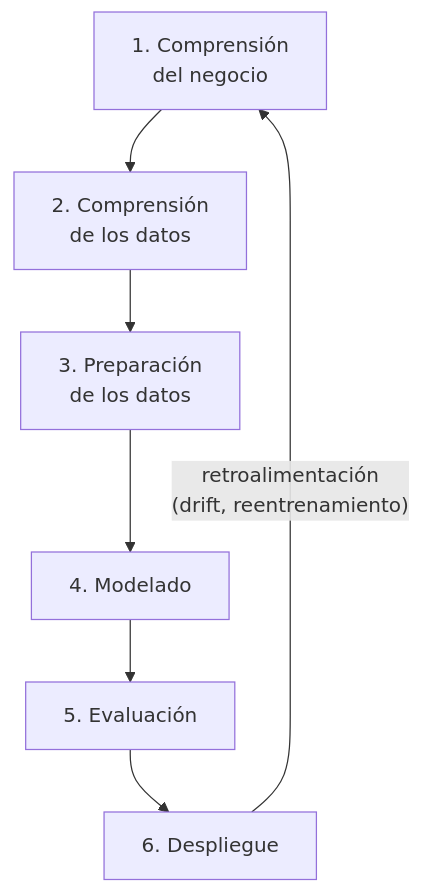
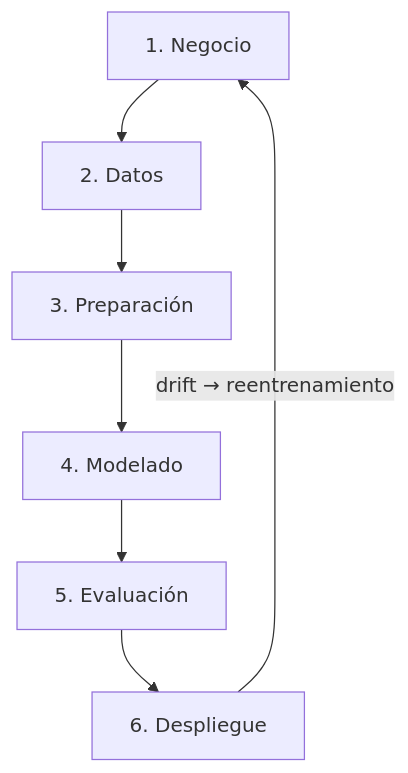
The diagram in docs/crisp-dm.md (VSXR/PipelineModeling), drawn with Mermaid before and after one commit. The commit also changed other lines of this file and 11 other files, not shown here.

````diff
--- a/docs/crisp-dm.md
+++ b/docs/crisp-dm.md
@@ -5,12 +3,5 @@
 ```mermaid
 graph TD
-    BU["1. Comprensión\ndel negocio"]
-    DU["2. Comprensión\nde los datos"]
-    DP["3. Preparación\nde los datos"]
-    MO["4. Modelado"]
-    EV["5. Evaluación"]
-    DE["6. Despliegue"]
-
-    BU --> DU --> DP --> MO --> EV --> DE
-    DE -->|"retroalimentación\n(drift, reentrenamiento)"| BU
+    BU["1. Negocio"] --> DU["2. Datos"] --> DP["3. Preparación"] --> MO["4. Modelado"] --> EV["5. Evaluación"] --> DE["6. Despliegue"]
+    DE -->|"drift → reentrenamiento"| BU
 ```
````
